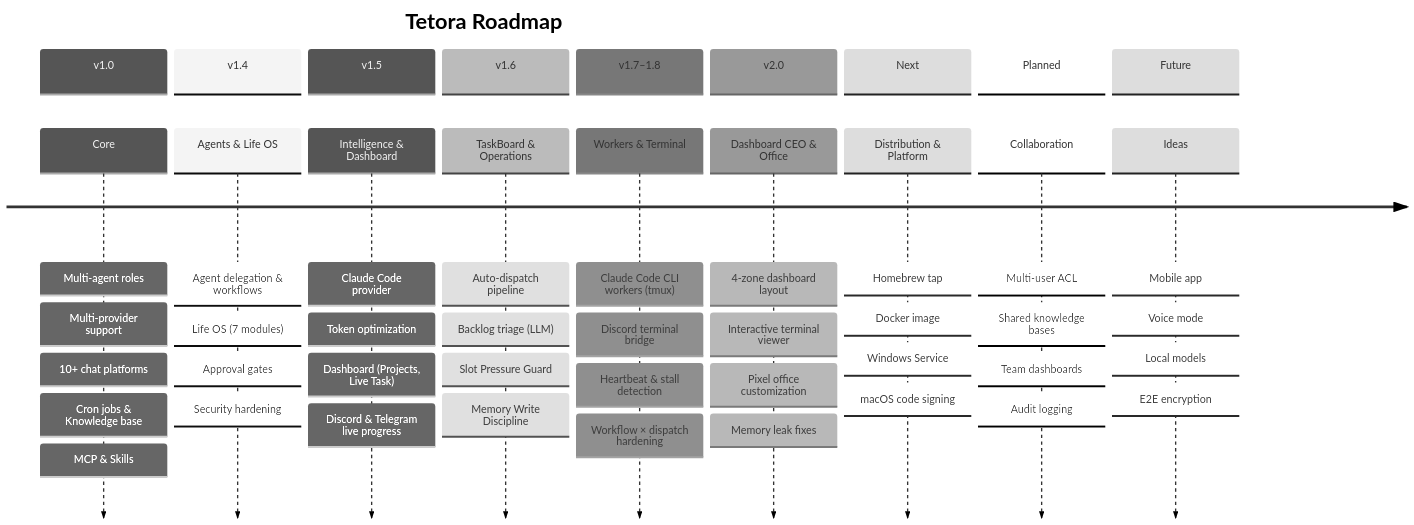
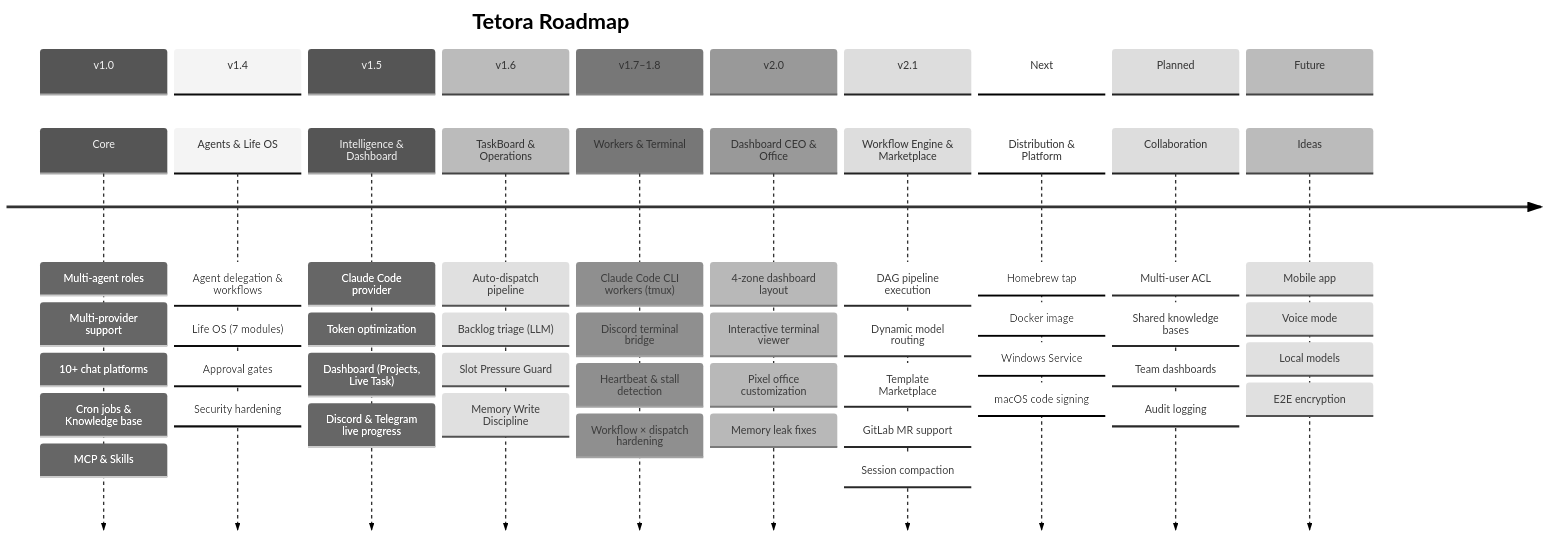
One commit to TakumaLee/Tetora changed the diagram in ROADMAP.md. Above: the diagram before and after it, drawn with Mermaid (neutral theme). The commit also changed other lines of this file and 9 other files, not shown here.

````diff
--- a/ROADMAP.md
+++ b/ROADMAP.md
@@ -5,59 +5,66 @@
 ```mermaid
 timeline
     title Tetora Roadmap
     section v1.0
         Core
             : Multi-agent roles
             : Multi-provider support
             : 10+ chat platforms
             : Cron jobs & Knowledge base
             : MCP & Skills
     section v1.4
         Agents & Life OS
             : Agent delegation & workflows
             : Life OS (7 modules)
             : Approval gates
             : Security hardening
     section v1.5
         Intelligence & Dashboard
             : Claude Code provider
             : Token optimization
             : Dashboard (Projects, Live Task)
             : Discord & Telegram live progress
     section v1.6
         TaskBoard & Operations
             : Auto-dispatch pipeline
             : Backlog triage (LLM)
             : Slot Pressure Guard
             : Memory Write Discipline
     section v1.7–1.8
         Workers & Terminal
             : Claude Code CLI workers (tmux)
             : Discord terminal bridge
             : Heartbeat & stall detection
             : Workflow × dispatch hardening
     section v2.0
         Dashboard CEO & Office
             : 4-zone dashboard layout
             : Interactive terminal viewer
             : Pixel office customization
             : Memory leak fixes
+    section v2.1
+        Workflow Engine & Marketplace
+            : DAG pipeline execution
+            : Dynamic model routing
+            : Template Marketplace
+            : GitLab MR support
+            : Session compaction
     section Next
         Distribution & Platform
             : Homebrew tap
             : Docker image
             : Windows Service
             : macOS code signing
     section Planned
         Collaboration
             : Multi-user ACL
             : Shared knowledge bases
             : Team dashboards
             : Audit logging
     section Future
         Ideas
             : Mobile app
             : Voice mode
             : Local models
             : E2E encryption
 ```
````
